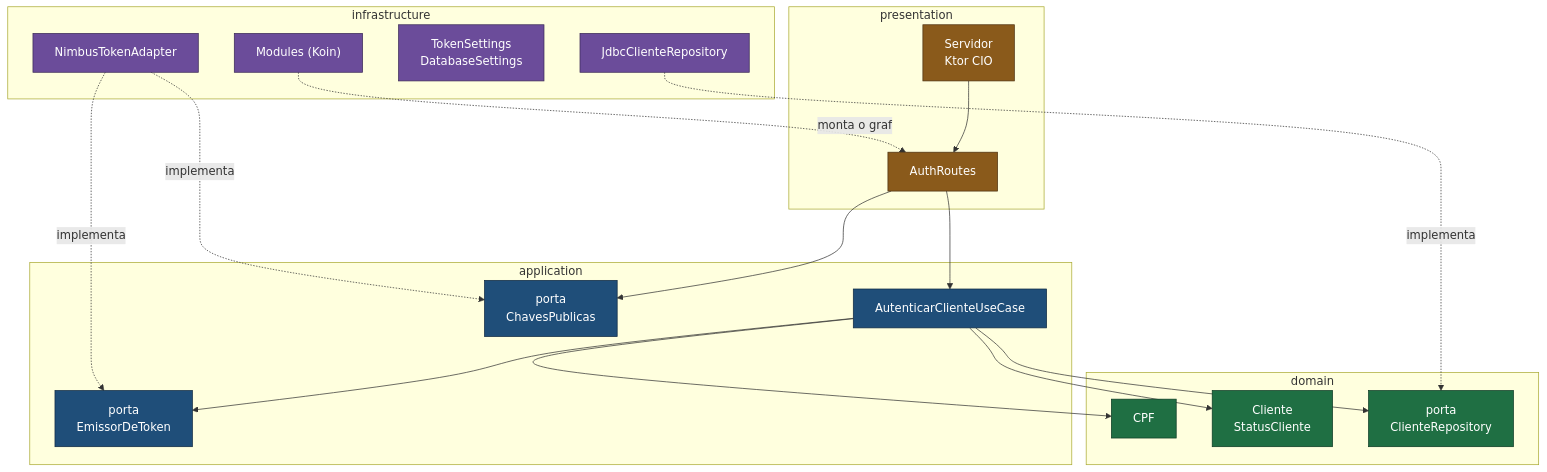
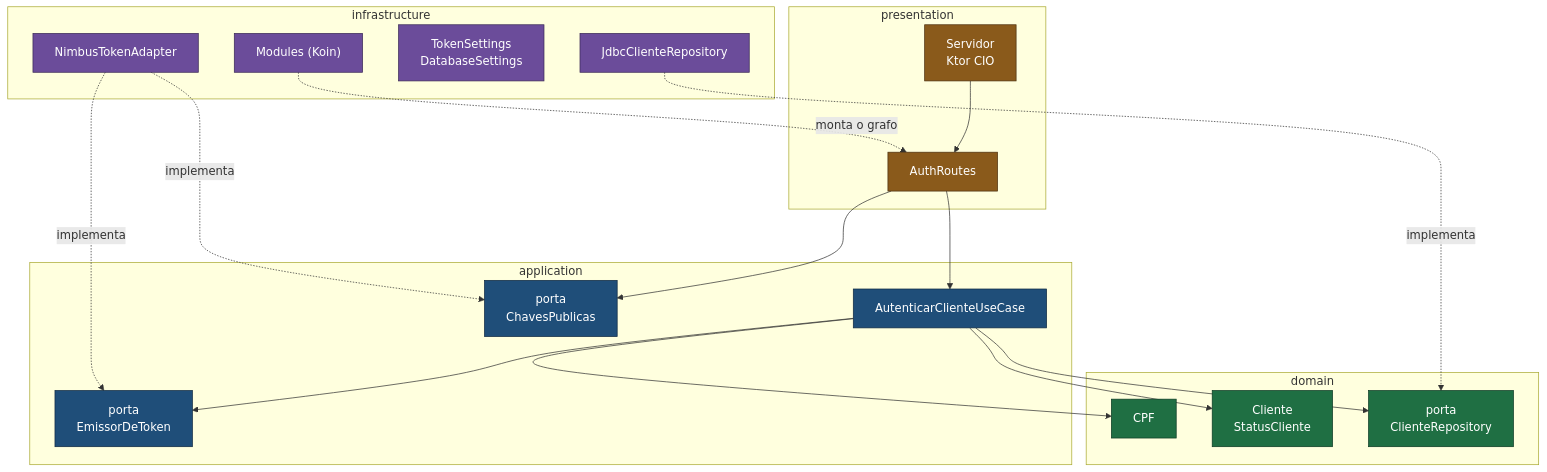
One commit to iuriian/tech-challenge-auth changed the first of 4 diagrams in docs/arquitetura.md. Above: the diagram before and after it, drawn with Mermaid. The commit also changed other lines of this file and 5 other files, not shown here.

Commit message:
docs: exporta os diagramas de arquitetura em SVG portátil

````diff
--- a/docs/arquitetura.md
+++ b/docs/arquitetura.md
@@ -18,44 +43,44 @@
 ```mermaid
 flowchart TB
     subgraph P["presentation"]
         SV["Servidor<br/>Ktor CIO"]
         AR["AuthRoutes"]
     end
     subgraph A["application"]
         UC["AutenticarClienteUseCase"]
         PE["porta<br/>EmissorDeToken"]
         PC["porta<br/>ChavesPublicas"]
     end
     subgraph D["domain"]
         CPF["CPF"]
         CLI["Cliente<br/>StatusCliente"]
         PR["porta<br/>ClienteRepository"]
     end
     subgraph I["infrastructure"]
         JR["JdbcClienteRepository"]
         NT["NimbusTokenAdapter"]
         CF["TokenSettings<br/>DatabaseSettings"]
         DI["Modules (Koin)"]
     end
 
     SV --> AR
     AR --> UC
     AR --> PC
     UC --> PR
     UC --> PE
     UC --> CPF
     UC --> CLI
-    JR -.implementa.-> PR
-    NT -.implementa.-> PE
-    NT -.implementa.-> PC
-    DI -.monta o grafo.-> AR
+    JR -.->|"implementa"| PR
+    NT -.->|"implementa"| PE
+    NT -.->|"implementa"| PC
+    DI -.->|"monta o grafo"| AR
 
     classDef dom fill:#1f6f43,stroke:#0d3b24,color:#fff
     classDef app fill:#1f4e79,stroke:#102a43,color:#fff
     classDef inf fill:#6b4c9a,stroke:#3b2a57,color:#fff
     classDef pre fill:#8a5a1b,stroke:#4d3110,color:#fff
     class CPF,CLI,PR dom
     class UC,PE,PC app
     class JR,NT,CF,DI inf
     class SV,AR pre
 ```
````
